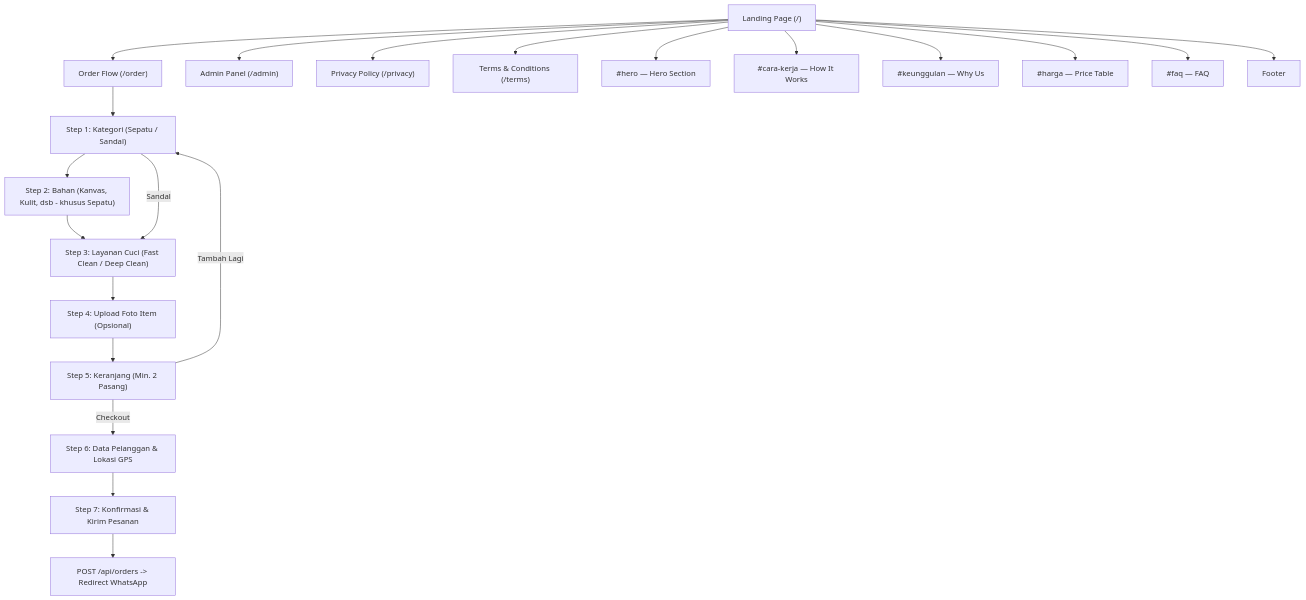
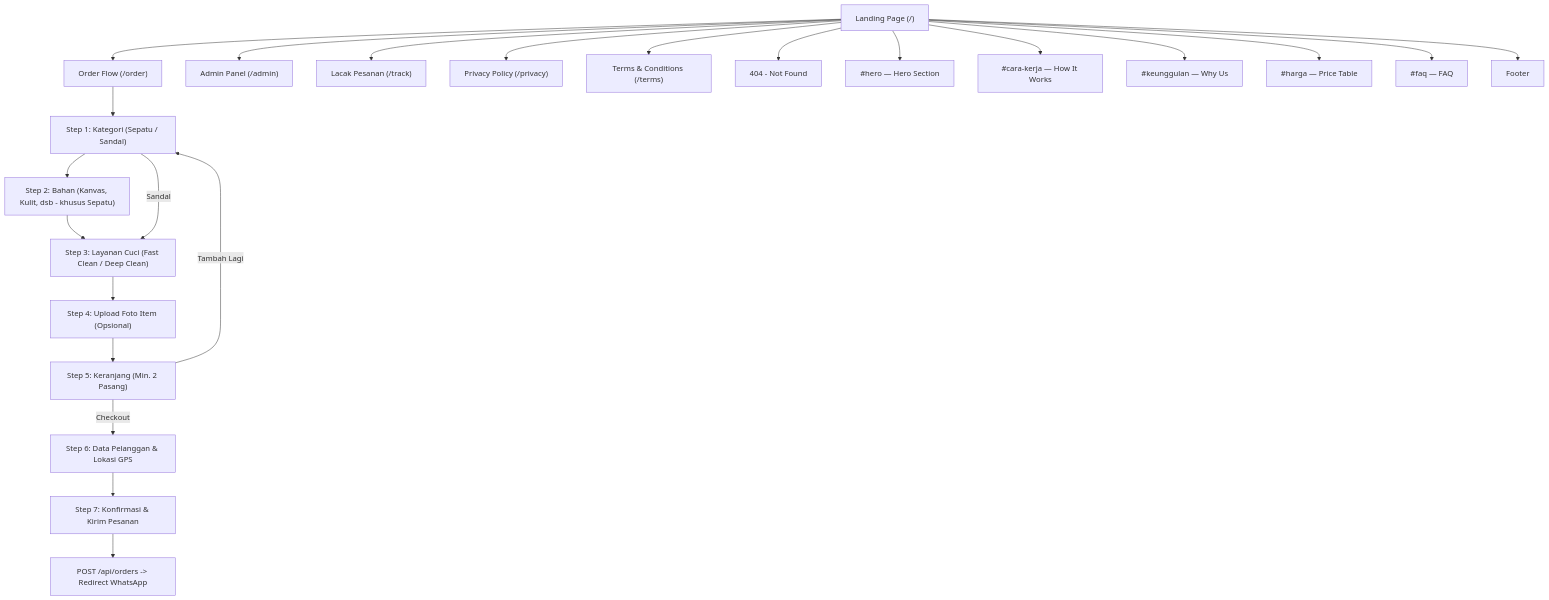
One commit to Alfar0nt/washpass changed the first of 2 diagrams in .ai/APP-FLOW.md. Above: the diagram before and after it, drawn with Mermaid. The commit also changed other lines of this file and 46 other files, not shown here.

````diff
--- a/.ai/APP-FLOW.md
+++ b/.ai/APP-FLOW.md
@@ -7,25 +7,27 @@
 ```mermaid
 graph TD
     A["Landing Page (/)"] --> B["Order Flow (/order)"]
     A --> C["Admin Panel (/admin)"]
+    A --> F["Lacak Pesanan (/track)"]
     A --> D["Privacy Policy (/privacy)"]
     A --> E["Terms & Conditions (/terms)"]
+    A --> G["404 - Not Found"]
 
     A --> A1["#hero — Hero Section"]
     A --> A2["#cara-kerja — How It Works"]
     A --> A3["#keunggulan — Why Us"]
     A --> A4["#harga — Price Table"]
     A --> A5["#faq — FAQ"]
     A --> A6["Footer"]
 
     B --> S1["Step 1: Kategori (Sepatu / Sandal)"]
     S1 --> S2["Step 2: Bahan (Kanvas, Kulit, dsb - khusus Sepatu)"]
     S2 --> S3["Step 3: Layanan Cuci (Fast Clean / Deep Clean)"]
     S1 -- Sandal --> S3
     S3 --> S4["Step 4: Upload Foto Item (Opsional)"]
     S4 --> S5["Step 5: Keranjang (Min. 2 Pasang)"]
     S5 -- Tambah Lagi --> S1
     S5 -- Checkout --> S6["Step 6: Data Pelanggan & Lokasi GPS"]
     S6 --> S7["Step 7: Konfirmasi & Kirim Pesanan"]
     S7 --> S8["POST /api/orders -> Redirect WhatsApp"]
 ```
````
